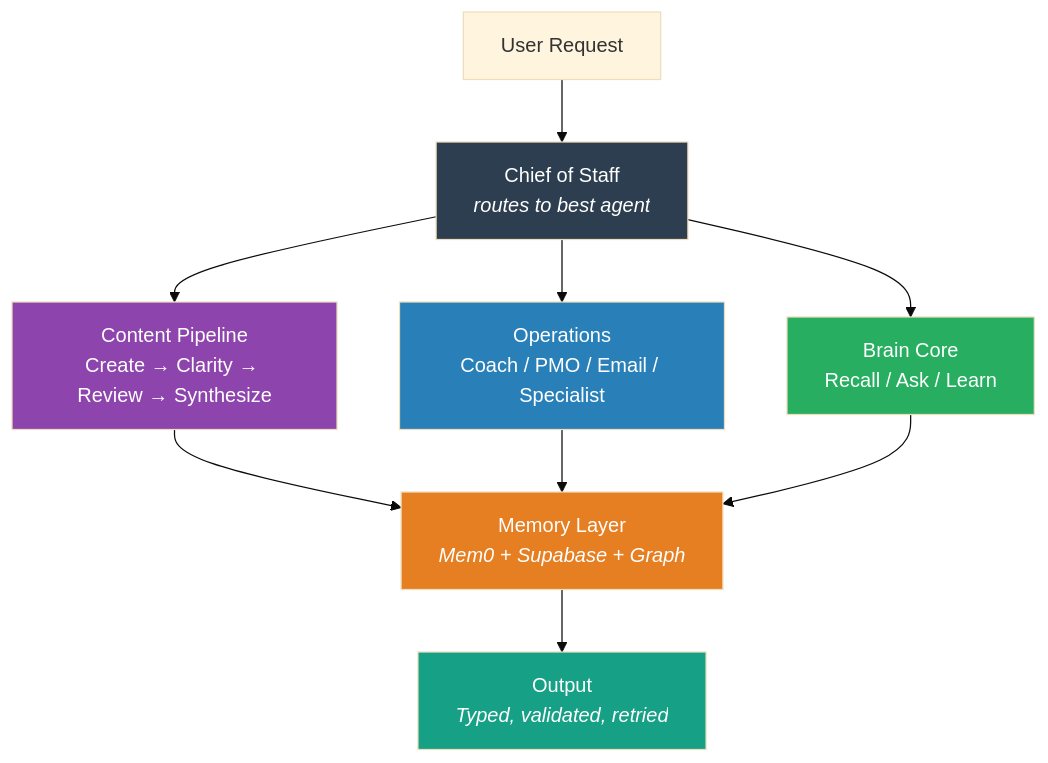
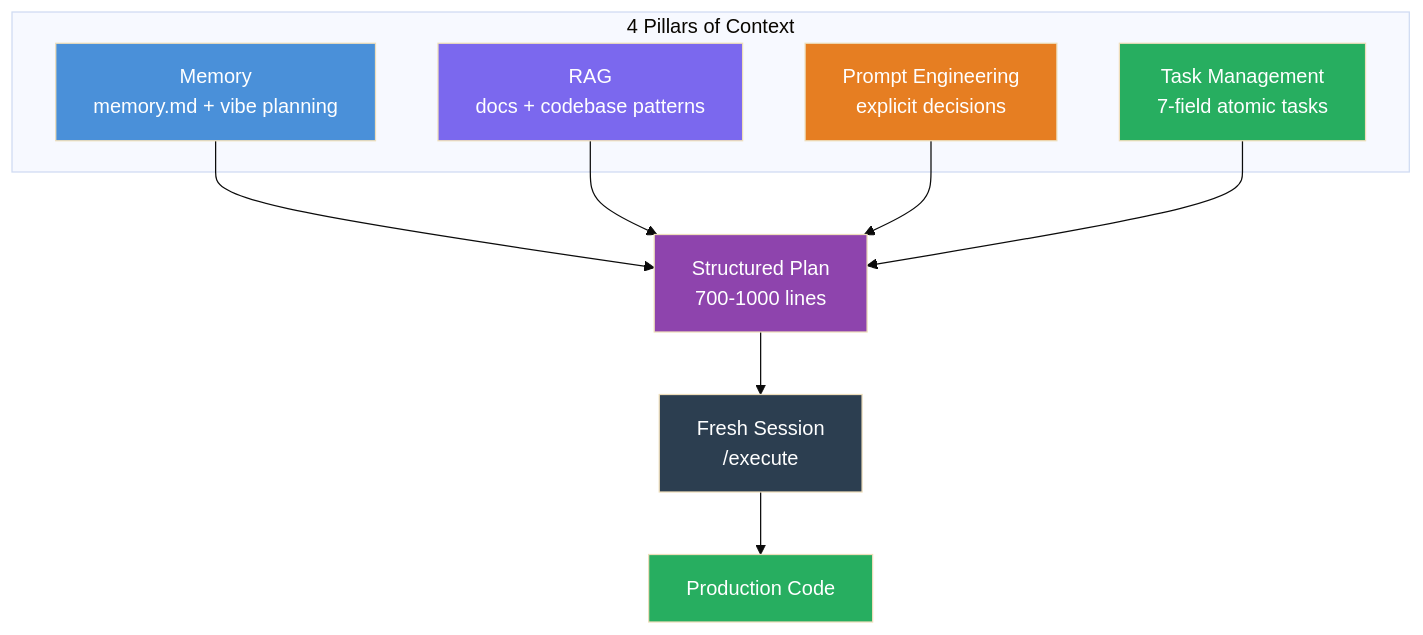
One commit to ryanjosebrosas/second-brain-ultimatum changed the second of 9 diagrams in README.md. Above: the diagram before and after it, drawn with Mermaid (base theme). The commit also changed other lines of this file and 213 other files, not shown here.

````diff
--- a/README.md
+++ b/README.md
@@ -21,21 +107,23 @@
 ```mermaid
 graph TD
-    USER["User Request"] --> COS["Chief of Staff<br/><i>routes to best agent</i>"]
+    subgraph "4 Pillars of Context"
+        MEM["Memory<br/>memory.md + vibe planning"]
+        RAG["RAG<br/>docs + codebase patterns"]
+        PE["Prompt Engineering<br/>explicit decisions"]
+        TM["Task Management<br/>7-field atomic tasks"]
+    end
+    MEM --> PLAN["Structured Plan<br/>700-1000 lines"]
+    RAG --> PLAN
+    PE --> PLAN
+    TM --> PLAN
+    PLAN --> EXEC["Fresh Session<br/>/execute"]
+    EXEC --> CODE["Production Code"]
 
-    COS --> CONTENT["Content Pipeline<br/>Create → Clarity → Review → Synthesize"]
-    COS --> OPS["Operations<br/>Coach / PMO / Email / Specialist"]
-    COS --> BRAIN["Brain Core<br/>Recall / Ask / Learn"]
-
-    CONTENT --> MEM["Memory Layer<br/><i>Mem0 + Supabase + Graph</i>"]
-    OPS --> MEM
-    BRAIN --> MEM
-
-    MEM --> OUT["Output<br/><i>Typed, validated, retried</i>"]
-
-    style COS fill:#2c3e50,color:#fff
-    style CONTENT fill:#8e44ad,color:#fff
-    style OPS fill:#2980b9,color:#fff
-    style BRAIN fill:#27ae60,color:#fff
-    style MEM fill:#e67e22,color:#fff
-    style OUT fill:#16a085,color:#fff
+    style MEM fill:#4a90d9,color:#fff
+    style RAG fill:#7b68ee,color:#fff
+    style PE fill:#e67e22,color:#fff
+    style TM fill:#27ae60,color:#fff
+    style PLAN fill:#8e44ad,color:#fff
+    style EXEC fill:#2c3e50,color:#fff
+    style CODE fill:#27ae60,color:#fff
 ```
````
